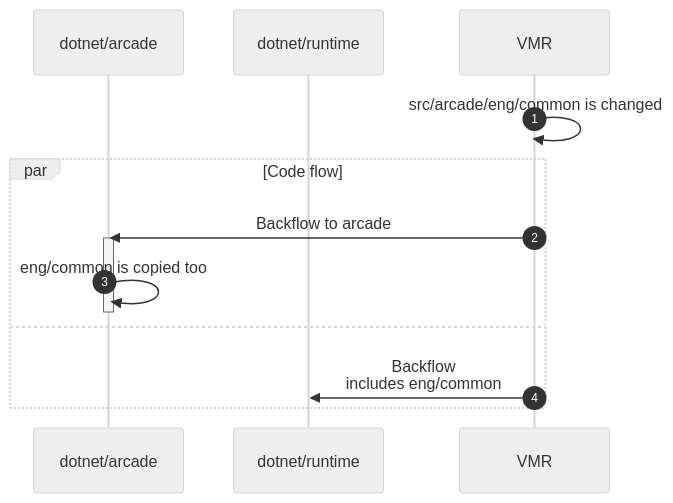
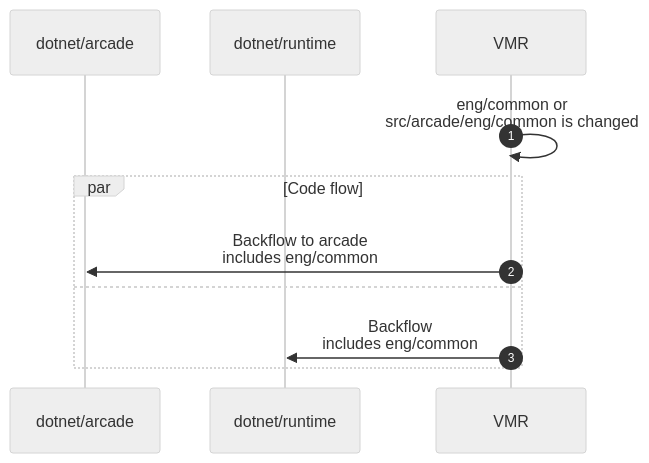
Before and after one commit to dotnet/arcade: the seventh of 7 diagrams in Documentation/UnifiedBuild/Full-Code-Flow.md, drawn with Mermaid (neutral theme). The commit also changed other lines of this file, not shown here.

````diff
--- a/Documentation/UnifiedBuild/Full-Code-Flow.md
+++ b/Documentation/UnifiedBuild/Full-Code-Flow.md
@@ -257,19 +251,16 @@
 ```mermaid
 sequenceDiagram
     autonumber
 
     participant arcade as dotnet/arcade
     participant runtime as dotnet/runtime
     participant VMR as VMR
 
-    VMR->>VMR: src/arcade/eng/common is changed
+    VMR->>VMR: eng/common or<br>src/arcade/eng/common is changed
 
     par Code flow
-    VMR->>arcade: Backflow to arcade
-    activate arcade
-    arcade->>arcade: eng/common is copied too
-    deactivate arcade
+    VMR->>arcade: Backflow to arcade<br>includes eng/common
     and
-    VMR->>runtime: Backflow<br />includes eng/common
+    VMR->>runtime: Backflow<br>includes eng/common
     end
 ```
````
